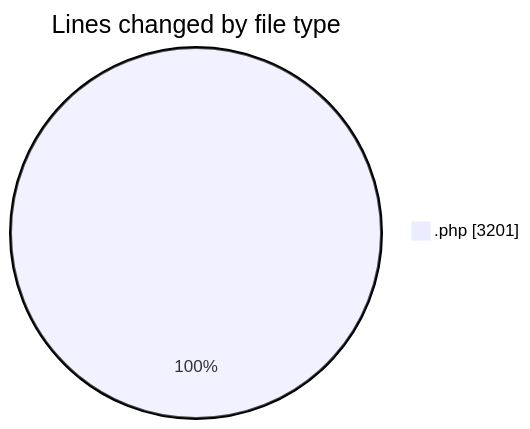
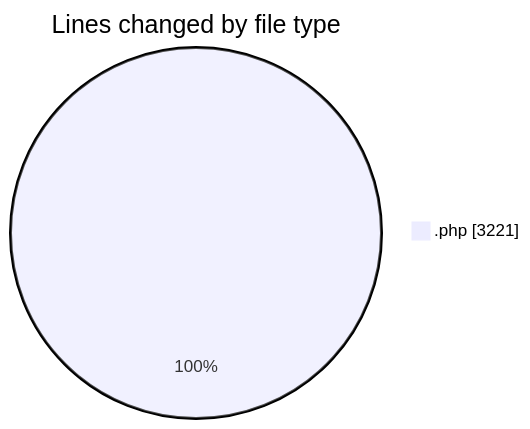
One commit to debugP/code-tracking changed the first of 2 diagrams in 2025-10-03/untitled__workspace_/README.md. Above: the diagram before and after it, drawn with Mermaid. The commit also changed other lines of this file and 1 other file, not shown here.

````diff
--- a/2025-10-03/untitled__workspace_/README.md
+++ b/2025-10-03/untitled__workspace_/README.md
@@ -20,5 +20,5 @@
 ```mermaid
 pie showData
 title Lines changed by file type
-".php" : 3201
+".php" : 3221
 ```
````
